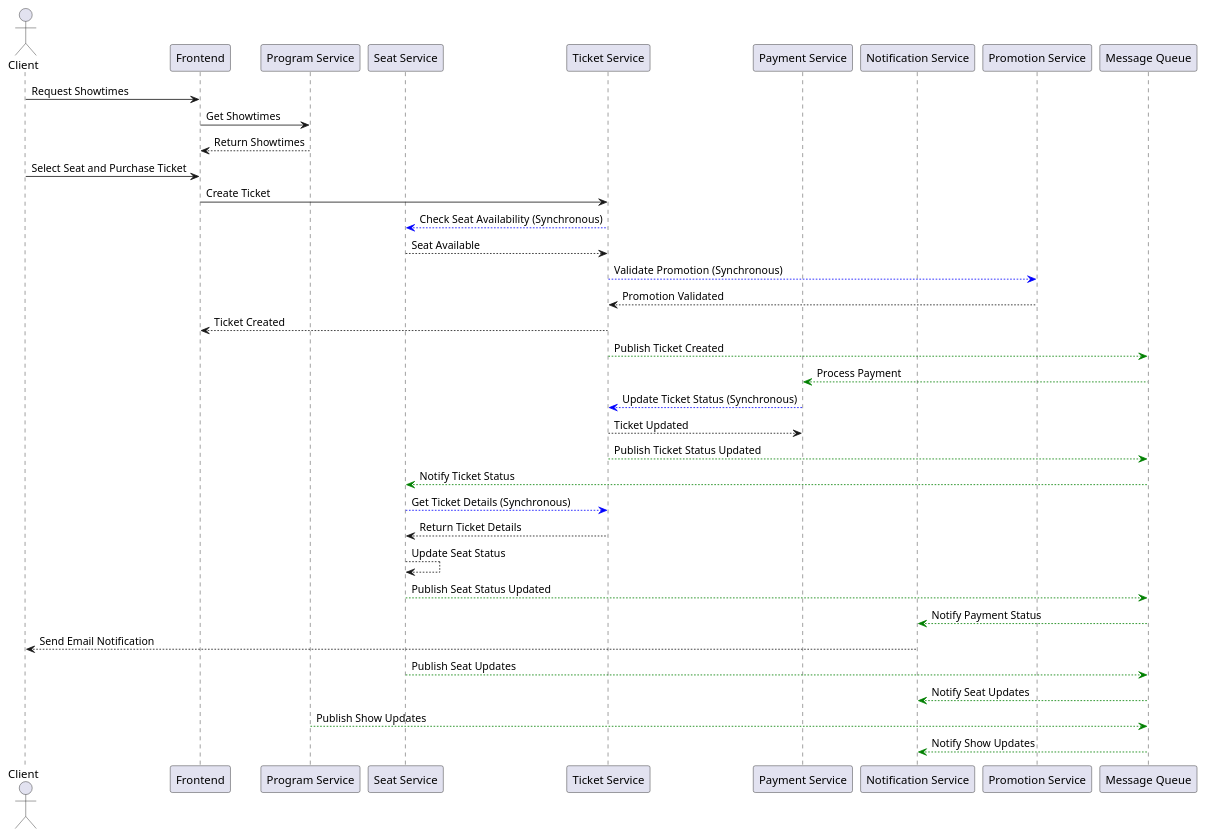
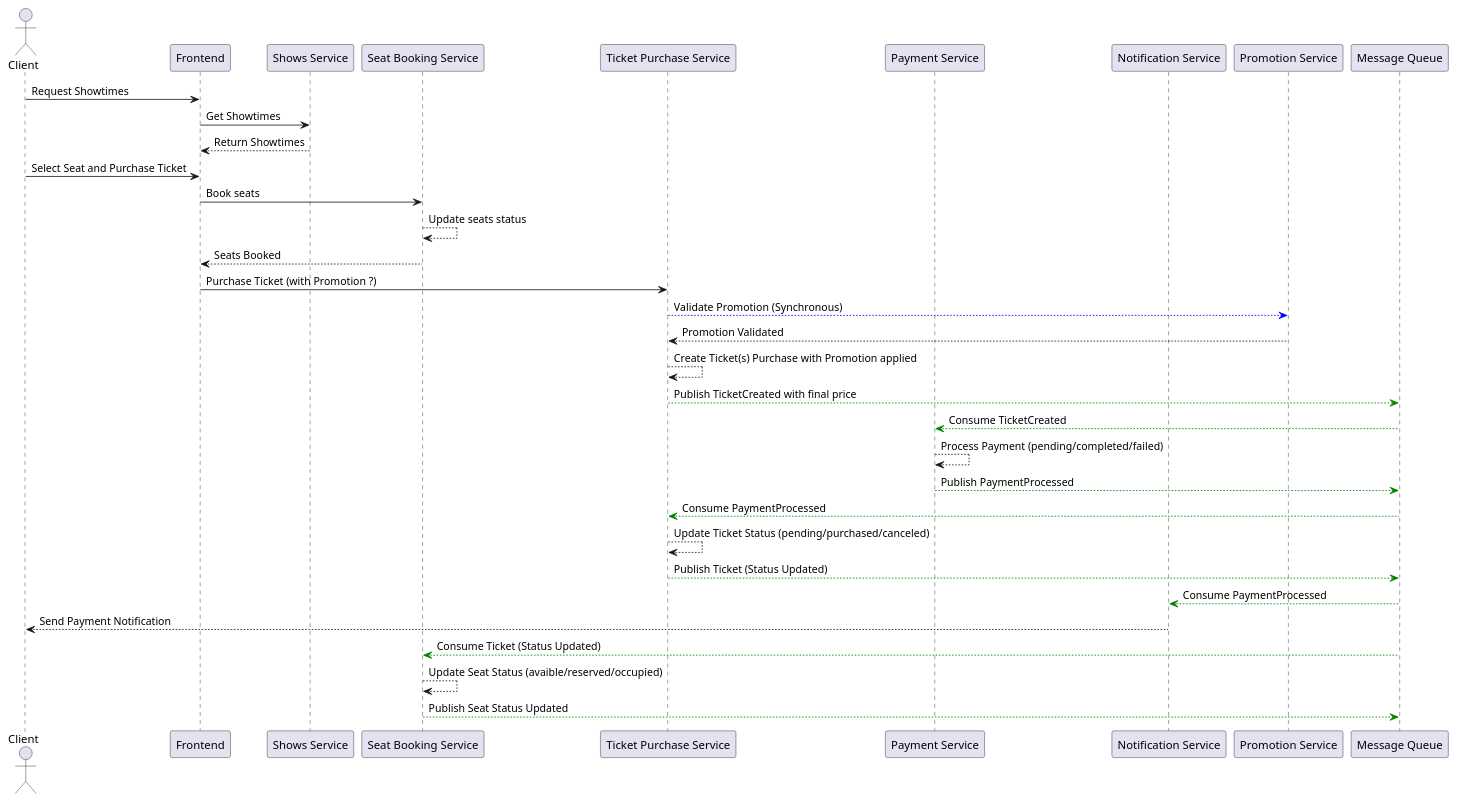
Before and after one commit to dcer1989/GestionTicketsMS: the diagram in plantUML_secuenceDiagExample.puml, drawn with PlantUML. The commit also changed 4 other files, not shown here.

Commit message:
cambio de nombre de seatService.yml y ticketService.yml a seatBookingService.yml y ticketPorchaseService.yml

```diff
--- a/plantUML_secuenceDiagExample.puml
+++ b/plantUML_secuenceDiagExample.puml
@@ -1,53 +1,48 @@
 @startuml SequenceDiagram
 
 actor Client
 participant "Frontend" as FE
-participant "Program Service" as ProgramService
-participant "Seat Service" as SeatService
-participant "Ticket Service" as TicketService
+participant "Shows Service" as ShowsService
+participant "Seat Booking Service" as SeatBookingService
+participant "Ticket Purchase Service" as TicketPurchaseService
 participant "Payment Service" as PaymentService
 participant "Notification Service" as NotificationService
 participant "Promotion Service" as PromotionService
 participant "Message Queue" as MQ
 
 ' Flujo: Cliente visualiza horarios de programas
 Client -> FE: Request Showtimes
-FE -> ProgramService: Get Showtimes
-ProgramService --> FE: Return Showtimes
+FE -> ShowsService: Get Showtimes
+ShowsService --> FE: Return Showtimes
 
 ' Flujo: Cliente selecciona asiento y compra ticket
 Client -> FE: Select Seat and Purchase Ticket
-FE -> TicketService: Create Ticket
-TicketService -[#blue]-> SeatService: Check Seat Availability (Synchronous)
-SeatService --> TicketService: Seat Available
-TicketService -[#blue]-> PromotionService: Validate Promotion (Synchronous)
-PromotionService --> TicketService: Promotion Validated
-TicketService --> FE: Ticket Created
+FE -> SeatBookingService: Book seats
+SeatBookingService --> SeatBookingService: Update seats status
+SeatBookingService --> FE : Seats Booked
+FE -> TicketPurchaseService: Purchase Ticket (with Promotion ?)
+TicketPurchaseService -[#blue]-> PromotionService: Validate Promotion (Synchronous)
+PromotionService --> TicketPurchaseService: Promotion Validated
+TicketPurchaseService --> TicketPurchaseService: Create Ticket(s) Purchase with Promotion applied
+TicketPurchaseService -[#green]-> MQ: Publish TicketCreated with final price
 
-' Flujo: Ticket publicado en la cola para procesamiento de pago
-TicketService -[#green]-> MQ: Publish Ticket Created
-MQ -[#green]-> PaymentService: Process Payment
-PaymentService -[#blue]-> TicketService: Update Ticket Status (Synchronous)
-TicketService --> PaymentService: Ticket Updated
+' Procesamiento del pago
+MQ -[#green]-> PaymentService: Consume TicketCreated
+PaymentService --> PaymentService: Process Payment (pending/completed/failed)
+PaymentService -[#green]-> MQ: Publish PaymentProcessed
 
-' Flujo: Publicación del estado del ticket
-TicketService -[#green]-> MQ: Publish Ticket Status Updated
-MQ -[#green]-> SeatService: Notify Ticket Status
-SeatService -[#blue]-> TicketService: Get Ticket Details (Synchronous)
-TicketService --> SeatService: Return Ticket Details
-SeatService --> SeatService: Update Seat Status
-SeatService -[#green]-> MQ: Publish Seat Status Updated
+' Actualización del estado del ticket
+MQ -[#green]-> TicketPurchaseService: Consume PaymentProcessed
+TicketPurchaseService --> TicketPurchaseService: Update Ticket Status (pending/purchased/canceled)
+TicketPurchaseService -[#green]-> MQ: Publish Ticket (Status Updated)
 
-' Flujo: Notificación al cliente
-MQ -[#green]-> NotificationService: Notify Payment Status
-NotificationService --> Client: Send Email Notification
+' Notificación al cliente
+MQ -[#green]-> NotificationService: Consume PaymentProcessed
+NotificationService --> Client: Send Payment Notification
 
 ' Flujo: Actualización de asientos
-SeatService -[#green]-> MQ: Publish Seat Updates
-MQ -[#green]-> NotificationService: Notify Seat Updates
-
-' Flujo: Actualización de horarios de programas
-ProgramService -[#green]-> MQ: Publish Show Updates
-MQ -[#green]-> NotificationService: Notify Show Updates
+MQ -[#green]-> SeatBookingService: Consume Ticket (Status Updated)
+SeatBookingService --> SeatBookingService: Update Seat Status (avaible/reserved/occupied)
+SeatBookingService -[#green]-> MQ: Publish Seat Status Updated
 
 @enduml
```
